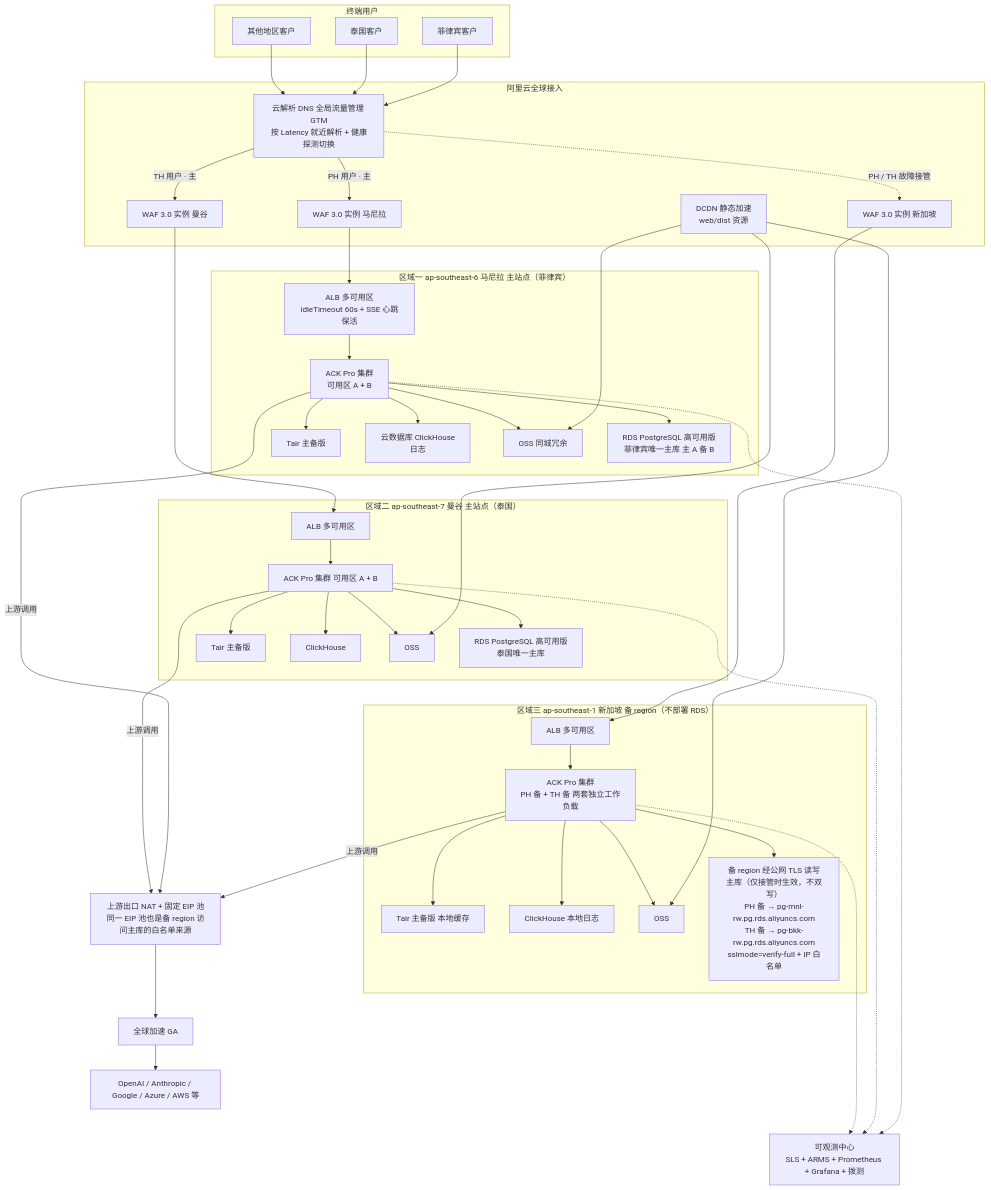
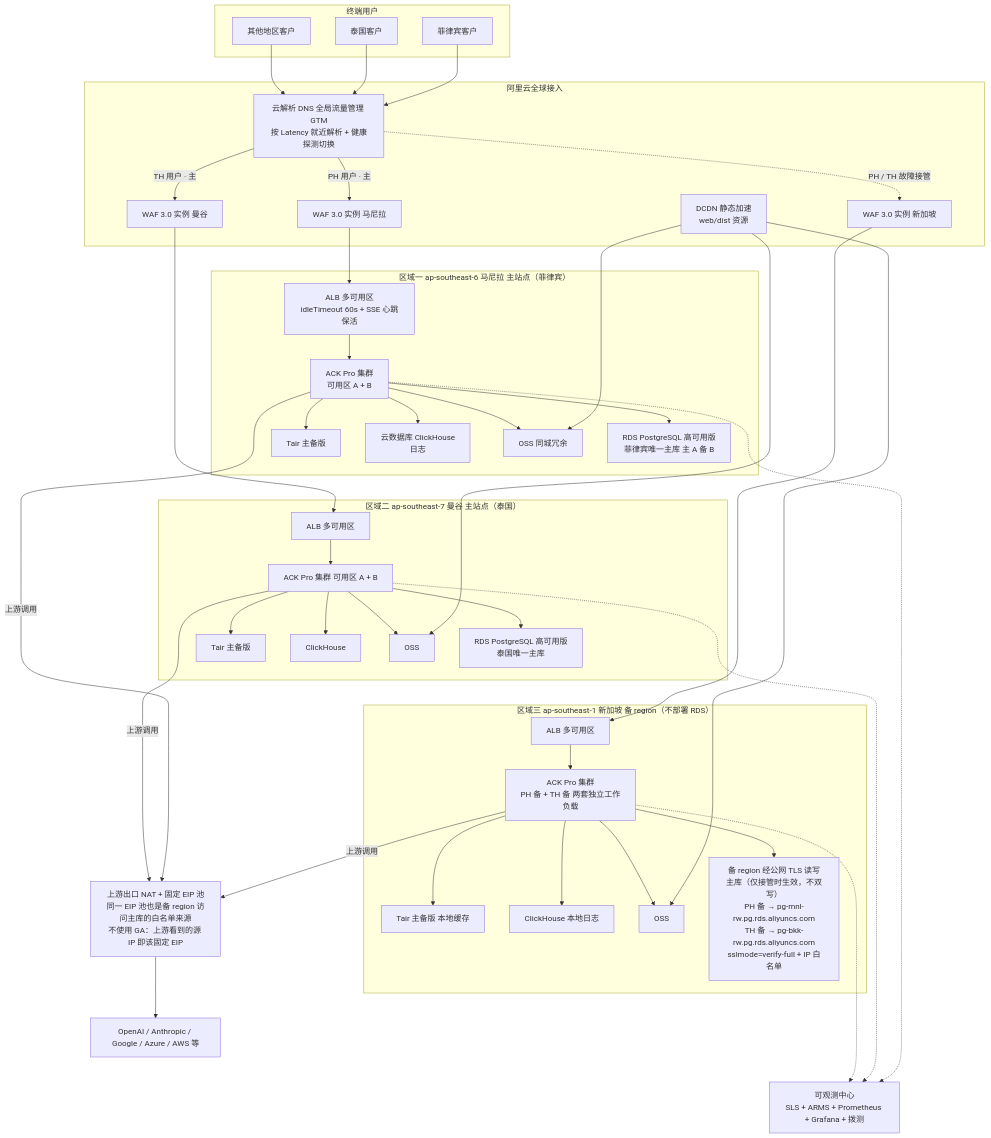
One commit to yanxuewei/new-api-yxw changed the first of 3 diagrams in impl_deploy.md. Above: the diagram before and after it, drawn with Mermaid. The commit also changed other lines of this file and 2 other files, not shown here.

```diff
--- a/impl_deploy.md
+++ b/impl_deploy.md
@@ -128,8 +128,7 @@
     SGWAN["备 region 经公网 TLS 读写主库（仅接管时生效，不双写）<br/>PH 备 → pg-mnl-rw.pg.rds.aliyuncs.com<br/>TH 备 → pg-bkk-rw.pg.rds.aliyuncs.com<br/>sslmode=verify-full + IP 白名单"]
   end
 
-  EGR["上游出口 NAT + 固定 EIP 池<br/>同一 EIP 池也是备 region 访问主库的白名单来源"]
-  GA["全球加速 GA"]
+  EGR["上游出口 NAT + 固定 EIP 池<br/>同一 EIP 池也是备 region 访问主库的白名单来源<br/>不使用 GA：上游看到的源 IP 即该固定 EIP"]
   UPSTREAM["OpenAI / Anthropic / Google / Azure / AWS 等"]
   MON["可观测中心<br/>SLS + ARMS + Prometheus + Grafana + 拨测"]
 
@@ -160,8 +159,7 @@
   ACK1 -->|上游调用| EGR
   ACK2 -->|上游调用| EGR
   ACK3 -->|上游调用| EGR
-  EGR --> GA
-  GA --> UPSTREAM
+  EGR --> UPSTREAM
   ACK1 -.-> MON
   ACK2 -.-> MON
   ACK3 -.-> MON
```
